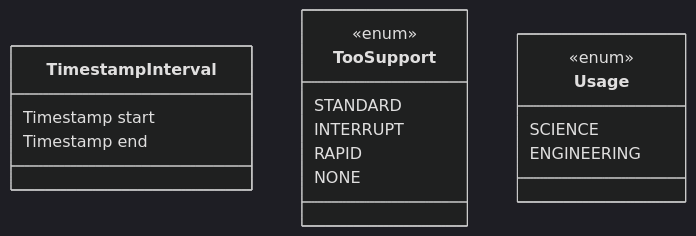
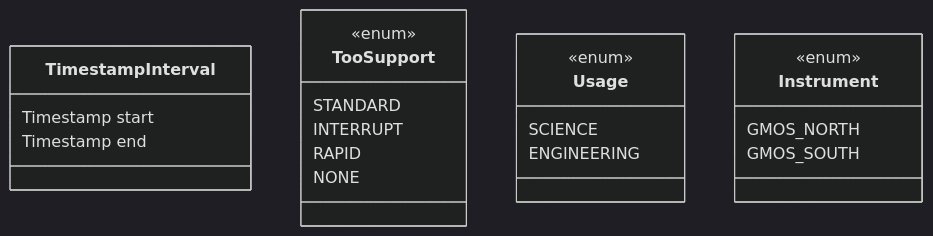
One commit to gemini-hlsw/lucuma-odb changed the first of 6 diagrams in docs/resource/calendar-domain-model.md. Above: the diagram before and after it, drawn with Mermaid (dark theme). The commit also changed other lines of this file, not shown here.

````diff
--- a/docs/resource/calendar-domain-model.md
+++ b/docs/resource/calendar-domain-model.md
@@ -12,21 +12,27 @@
 ```mermaid
 classDiagram
     class TimestampInterval {
         Timestamp start
         Timestamp end
     }
 
     class TooSupport {
         <<enum>>
         STANDARD
         INTERRUPT
         RAPID
         NONE
     }
 
     class Usage {
         <<enum>>
         SCIENCE
         ENGINEERING
     }
+
+    class Instrument {
+        <<enum>>
+        GMOS_NORTH
+        GMOS_SOUTH
+    }
 ```
````
